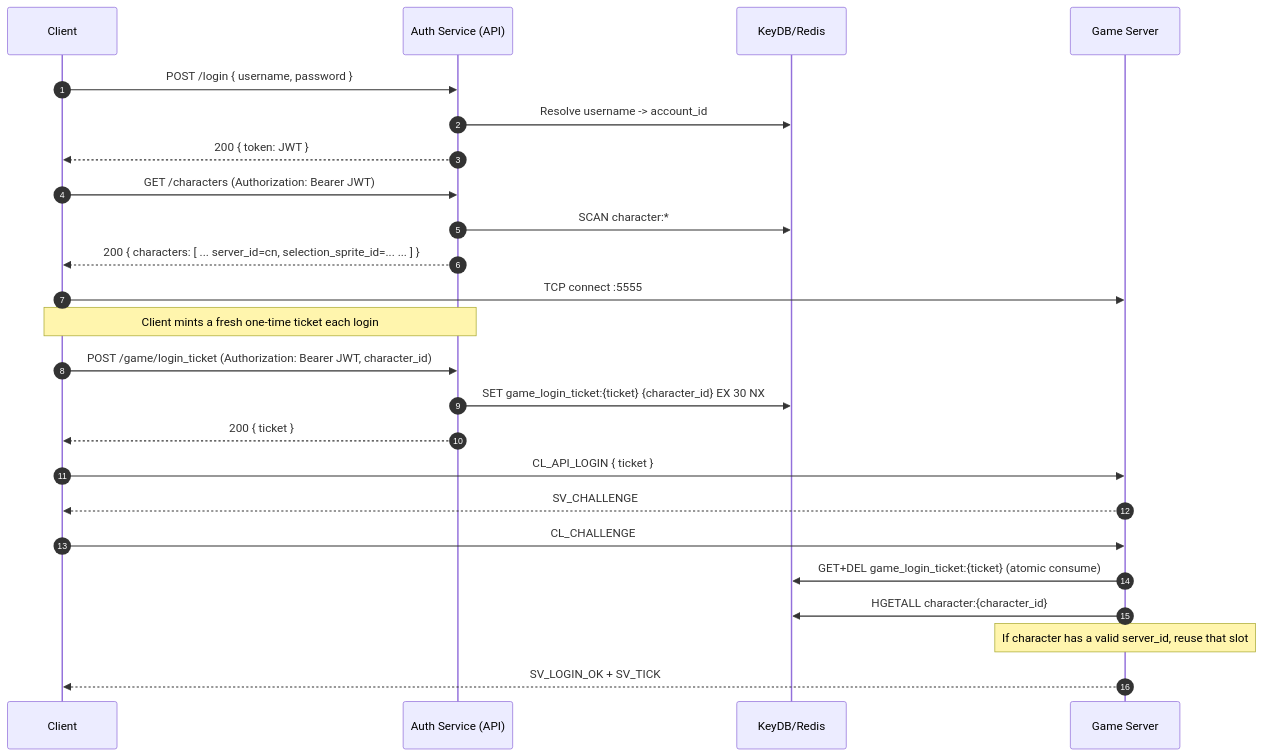
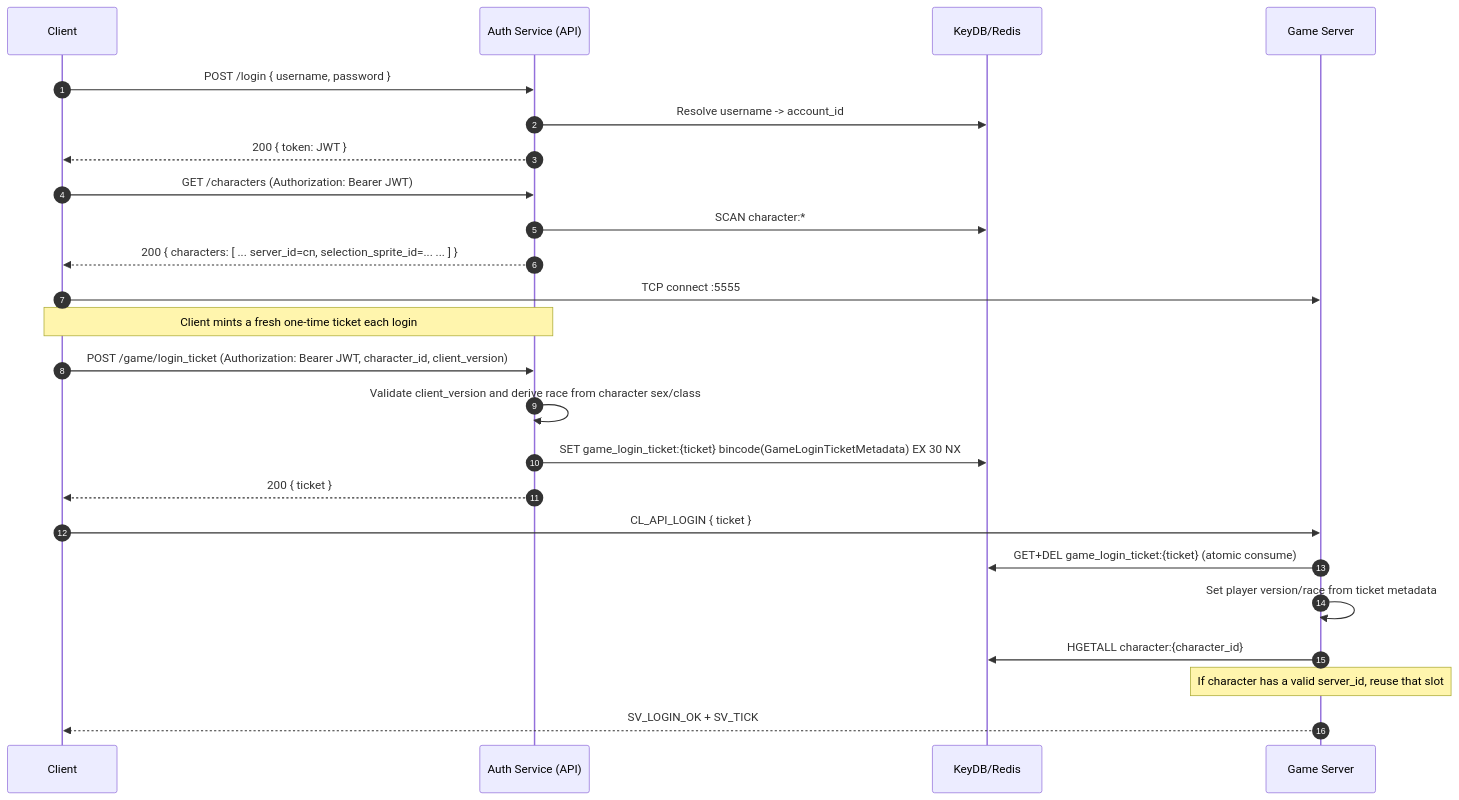
One commit to engineerjames/men-among-gods-reforged changed the seventh of 7 diagrams in api/README.md. Above: the diagram before and after it, drawn with Mermaid. The commit also changed other lines of this file and 24 other files, not shown here.

Commit message:
Remove SV_CHALLENGE and CL_UNIQUE parts of the login flow

````diff
--- a/api/README.md
+++ b/api/README.md
@@ -365,31 +364,30 @@
 ```mermaid
 sequenceDiagram
     autonumber
     participant C as Client
     participant API as Auth Service (API)
     participant DB as KeyDB/Redis
     participant GS as Game Server
 
     C->>API: POST /login { username, password }
     API->>DB: Resolve username -> account_id
     API-->>C: 200 { token: JWT }
 
     C->>API: GET /characters (Authorization: Bearer JWT)
     API->>DB: SCAN character:*;
     API-->>C: 200 { characters: [ ... server_id=cn, selection_sprite_id=... ... ] }
 
     C->>GS: TCP connect :5555
     Note over C,API: Client mints a fresh one-time ticket each login
-    C->>API: POST /game/login_ticket (Authorization: Bearer JWT, character_id)
-    API->>DB: SET game_login_ticket:{ticket} {character_id} EX 30 NX
+    C->>API: POST /game/login_ticket (Authorization: Bearer JWT, character_id, client_version)
+    API->>API: Validate client_version and derive race from character sex/class
+    API->>DB: SET game_login_ticket:{ticket} bincode(GameLoginTicketMetadata) EX 30 NX
     API-->>C: 200 { ticket }
 
     C->>GS: CL_API_LOGIN { ticket }
-    GS-->>C: SV_CHALLENGE
-    C->>GS: CL_CHALLENGE
-
     GS->>DB: GET+DEL game_login_ticket:{ticket} (atomic consume)
+    GS->>GS: Set player version/race from ticket metadata
     GS->>DB: HGETALL character:{character_id}
     Note over GS: If character has a valid server_id, reuse that slot
     GS-->>C: SV_LOGIN_OK + SV_TICK
 ```
````
